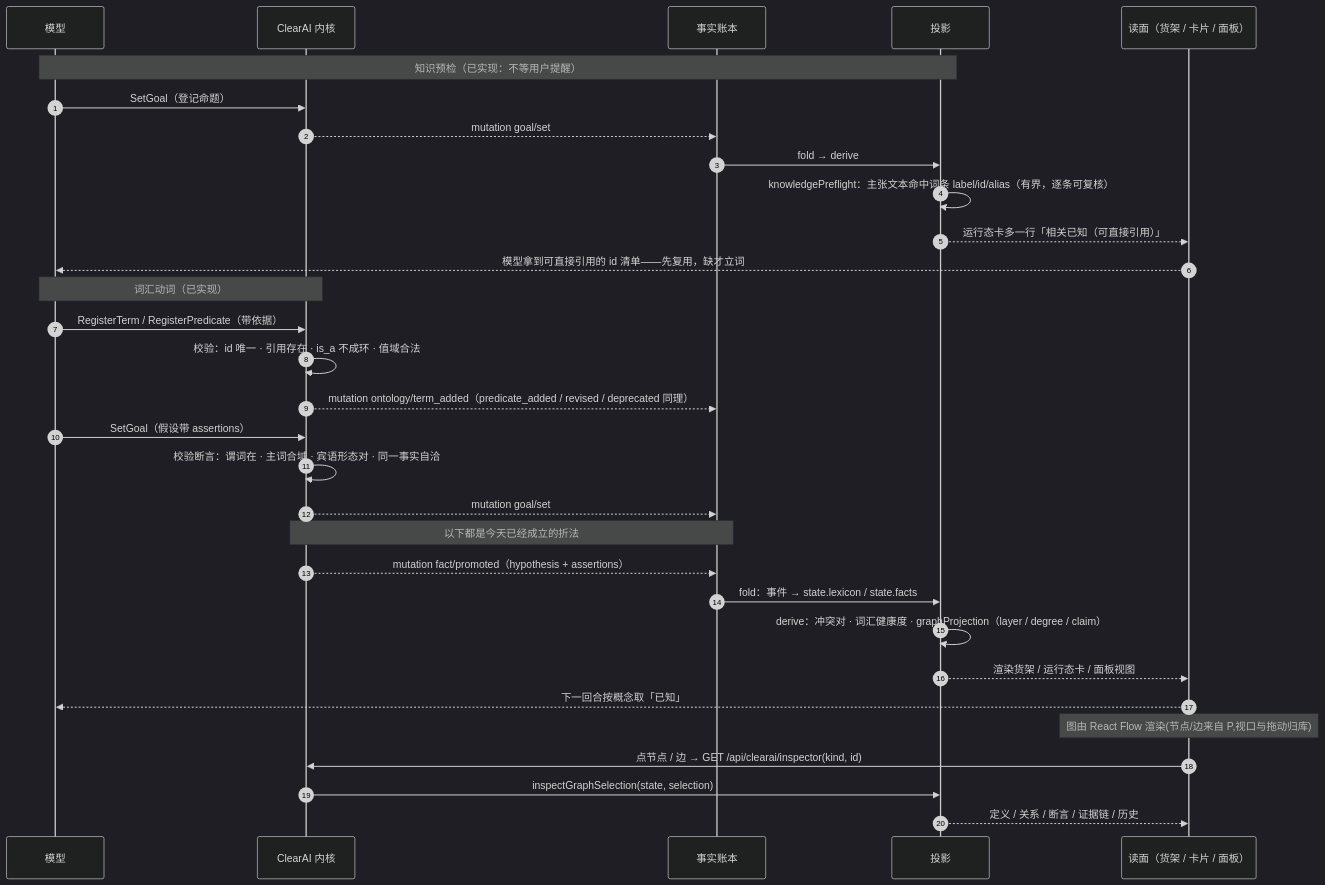
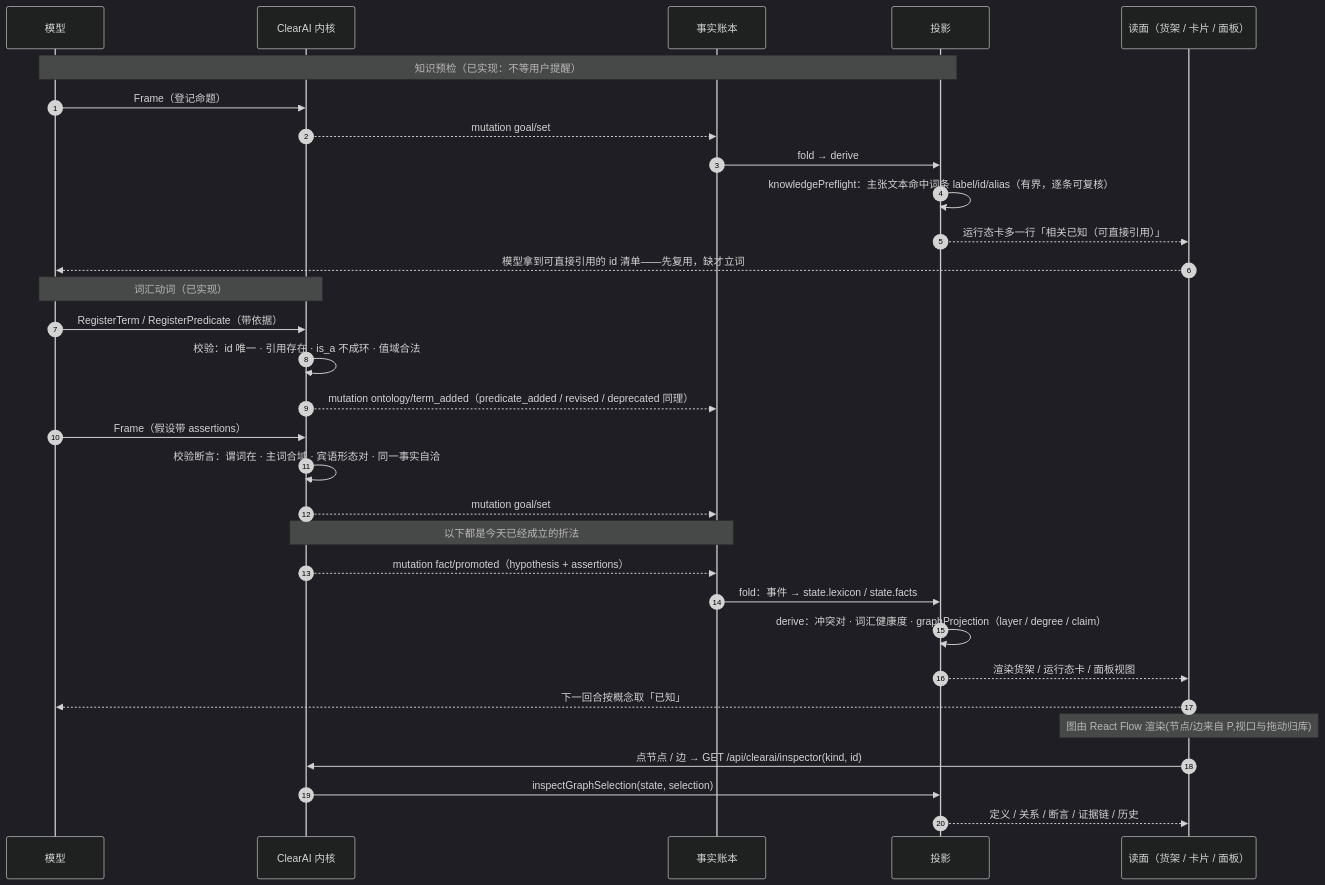
One commit to Clearailhc/clearai-dsh changed the sixth of 8 diagrams in docs/optimization/timing-diagrams.zh-CN.md. Above: the diagram before and after it, drawn with Mermaid (dark theme). The commit also changed other lines of this file and 42 other files, not shown here.

````diff
--- a/docs/optimization/timing-diagrams.zh-CN.md
+++ b/docs/optimization/timing-diagrams.zh-CN.md
@@ -223,35 +219,35 @@
 ```mermaid
 sequenceDiagram
     autonumber
     participant M as 模型
     participant K as ClearAI 内核
     participant L as 事实账本
     participant P as 投影
     participant G as 读面（货架 / 卡片 / 面板）
 
     Note over M,P: 知识预检（已实现：不等用户提醒）
-    M->>K: SetGoal（登记命题）
+    M->>K: Frame（登记命题）
     K-->>L: mutation goal/set
     L->>P: fold → derive
     P->>P: knowledgePreflight：主张文本命中词条 label/id/alias（有界，逐条可复核）
     P-->>G: 运行态卡多一行「相关已知（可直接引用）」
     G-->>M: 模型拿到可直接引用的 id 清单——先复用，缺才立词
 
     Note over M,K: 词汇动词（已实现）
     M->>K: RegisterTerm / RegisterPredicate（带依据）
     K->>K: 校验：id 唯一 · 引用存在 · is_a 不成环 · 值域合法
     K-->>L: mutation ontology/term_added（predicate_added / revised / deprecated 同理）
-    M->>K: SetGoal（假设带 assertions）
+    M->>K: Frame（假设带 assertions）
     K->>K: 校验断言：谓词在 · 主词合域 · 宾语形态对 · 同一事实自洽
     K-->>L: mutation goal/set
     Note over K,L: 以下都是今天已经成立的折法
     K-->>L: mutation fact/promoted（hypothesis + assertions）
     L->>P: fold：事件 → state.lexicon / state.facts
     P->>P: derive：冲突对 · 词汇健康度 · graphProjection（layer / degree / claim）
     P-->>G: 渲染货架 / 运行态卡 / 面板视图
     G-->>M: 下一回合按概念取「已知」
     Note over G: 图由 React Flow 渲染(节点/边来自 P,视口与拖动归库)
     G->>K: 点节点 / 边 → GET /api/clearai/inspector(kind, id)
     K->>P: inspectGraphSelection(state, selection)
     P-->>G: 定义 / 关系 / 断言 / 证据链 / 历史
 ```
````
